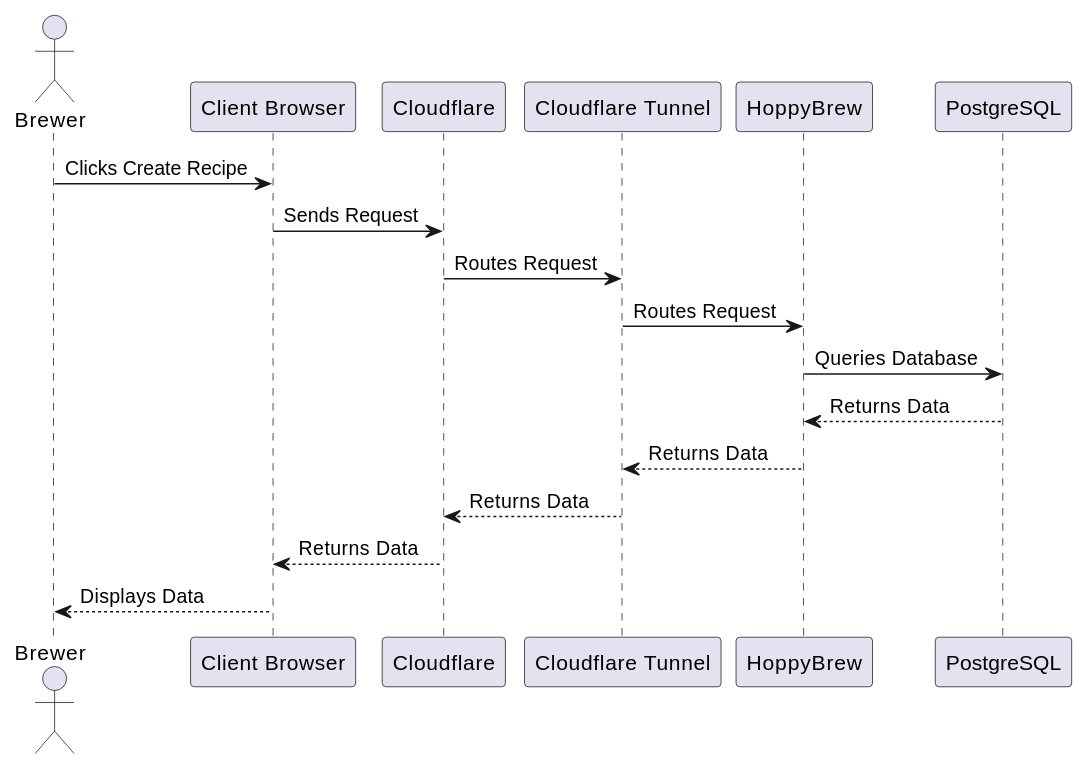
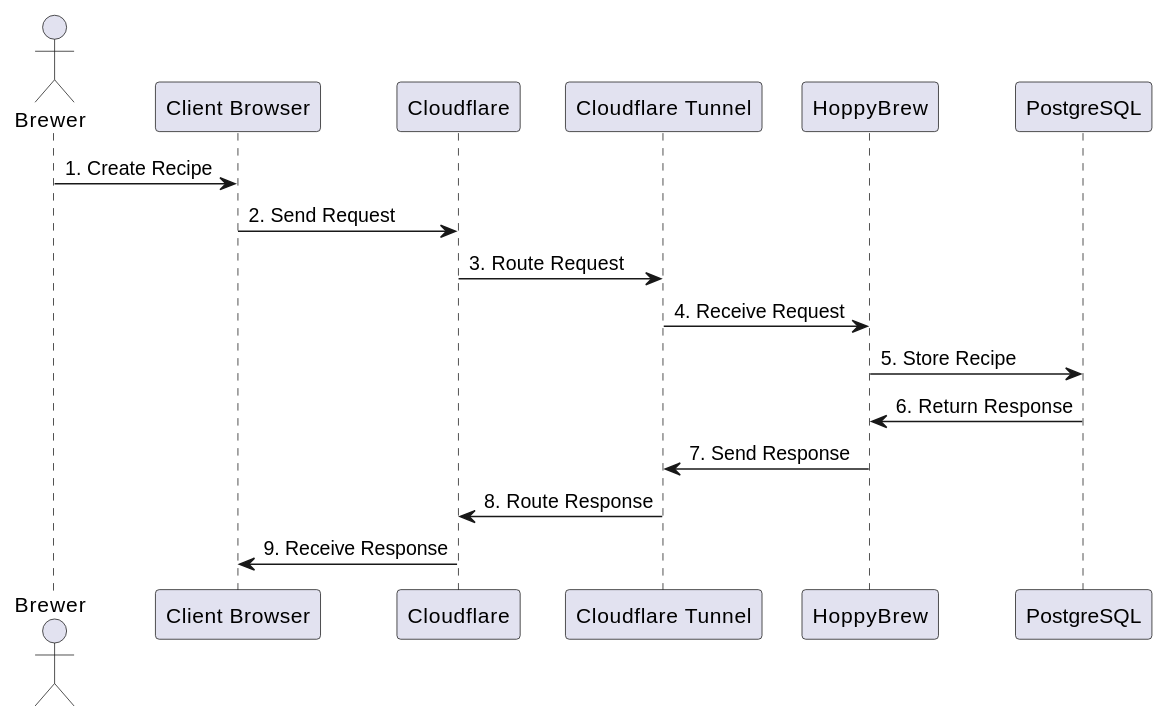
Before and after one commit to asbor/iu-project-software-engineering: the sixth of 6 diagrams in documents/01-Conception-Phase/00-HoppyBrew.md, drawn with PlantUML. The commit also changed other lines of this file and 3 other files, not shown here.

```diff
--- a/documents/01-Conception-Phase/00-HoppyBrew.md
+++ b/documents/01-Conception-Phase/00-HoppyBrew.md
@@ -773,21 +713,20 @@
-@startuml 08-Create-Recipe
+@startuml 06-Runtime-View-CRUD-Recipe
 
 actor Brewer as Brewer
 participant "Client Browser" as ClientBrowser
 participant "Cloudflare" as Cloudflare
 participant "Cloudflare Tunnel" as CloudflareTunnel
 participant "HoppyBrew" as HoppyBrew
 participant "PostgreSQL" as PostgreSQL
 
-Brewer -> ClientBrowser : Clicks Create Recipe
-ClientBrowser -> Cloudflare : Sends Request
-Cloudflare -> CloudflareTunnel : Routes Request
-CloudflareTunnel -> HoppyBrew : Routes Request
-HoppyBrew -> PostgreSQL : Queries Database
-PostgreSQL --> HoppyBrew : Returns Data
-HoppyBrew --> CloudflareTunnel : Returns Data
-CloudflareTunnel --> Cloudflare : Returns Data
-Cloudflare --> ClientBrowser : Returns Data
-ClientBrowser --> Brewer : Displays Data
+Brewer -> ClientBrowser : 1. Create Recipe
+ClientBrowser -> Cloudflare : 2. Send Request
+Cloudflare -> CloudflareTunnel : 3. Route Request
+CloudflareTunnel -> HoppyBrew : 4. Receive Request
+HoppyBrew -> PostgreSQL : 5. Store Recipe
+PostgreSQL -> HoppyBrew : 6. Return Response
+HoppyBrew -> CloudflareTunnel : 7. Send Response
+CloudflareTunnel -> Cloudflare : 8. Route Response
+Cloudflare -> ClientBrowser : 9. Receive Response
 
 @enduml
```
